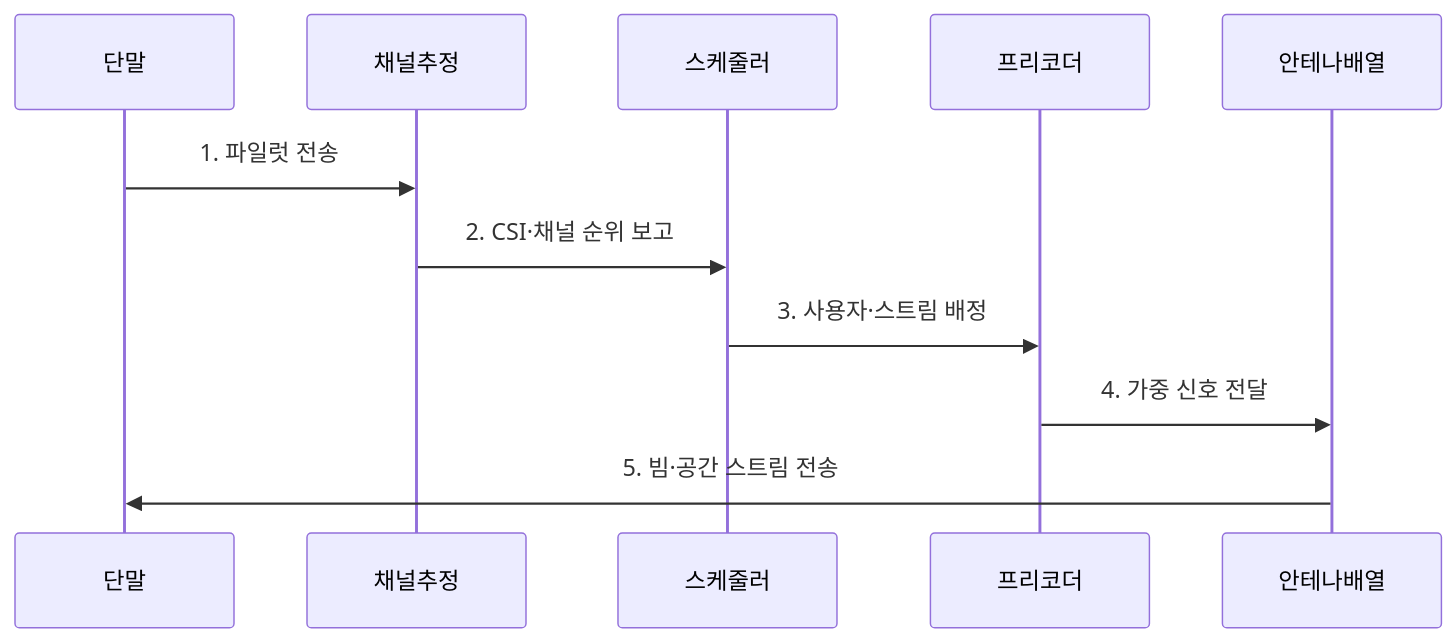
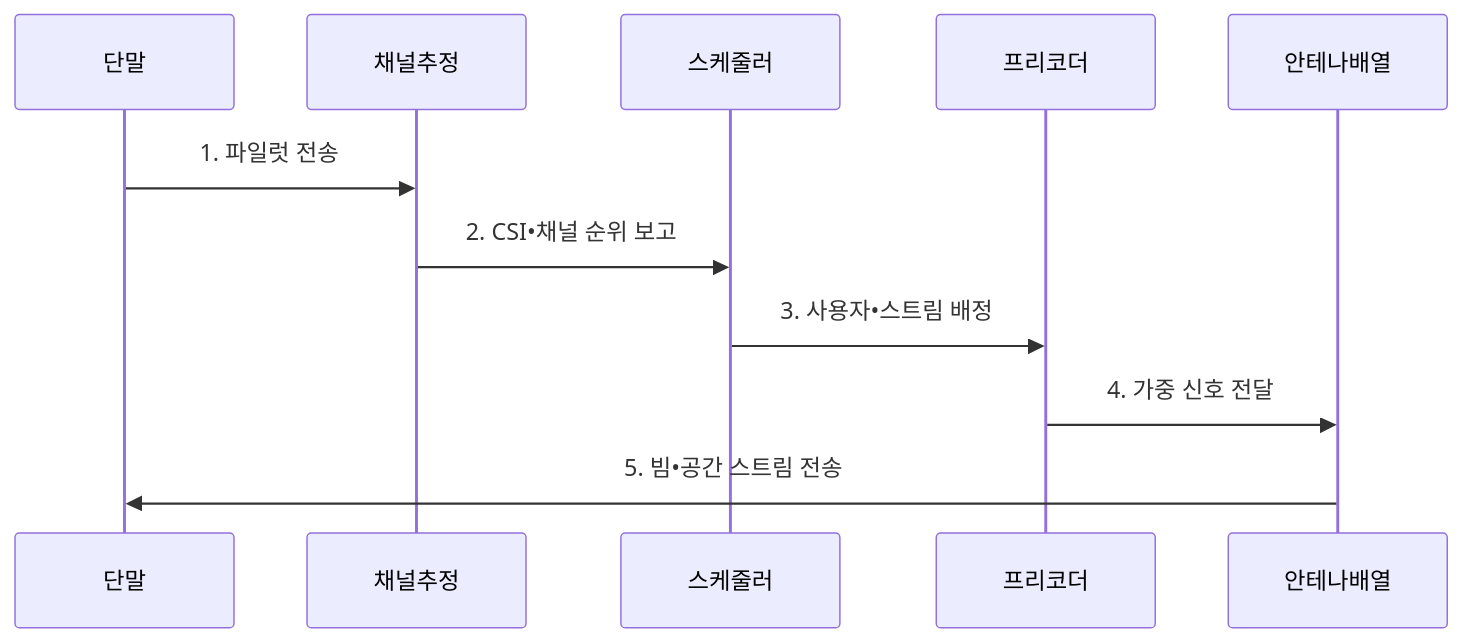
One commit to agnusdei1207/knowledge-base changed the second of 2 diagrams in src/content/docs/notes/04-network/067_mimo_massive_mimo.md. Above: the diagram before and after it, drawn with Mermaid. The commit also changed other lines of this file and 953 other files, not shown here.

````diff
--- a/src/content/docs/notes/04-network/067_mimo_massive_mimo.md
+++ b/src/content/docs/notes/04-network/067_mimo_massive_mimo.md
@@ -104,13 +104,13 @@
 ```mermaid
 sequenceDiagram
     participant 단말
     participant 채널추정
     participant 스케줄러
     participant 프리코더
     participant 안테나배열
     단말->>채널추정: 1. 파일럿 전송
-    채널추정->>스케줄러: 2. CSI·채널 순위 보고
-    스케줄러->>프리코더: 3. 사용자·스트림 배정
+    채널추정->>스케줄러: 2. CSI•채널 순위 보고
+    스케줄러->>프리코더: 3. 사용자•스트림 배정
     프리코더->>안테나배열: 4. 가중 신호 전달
-    안테나배열->>단말: 5. 빔·공간 스트림 전송
+    안테나배열->>단말: 5. 빔•공간 스트림 전송
 ```
````
